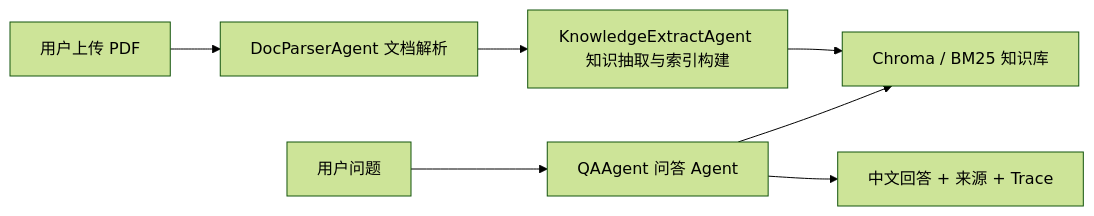
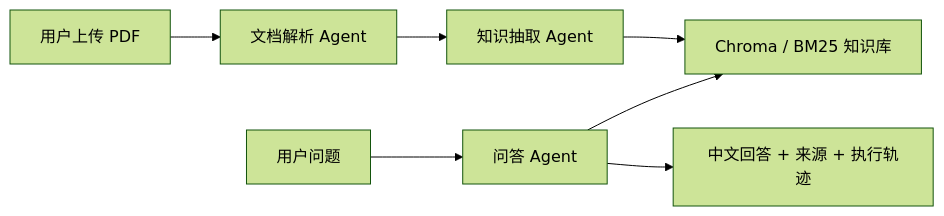
The first of 2 diagrams in README.md (765857033-cmyk/marine-mining-multimodal-rag), drawn with Mermaid (forest theme) before and after one commit. The commit also changed other lines of this file and 5 other files, not shown here.

````diff
--- a/README.md
+++ b/README.md
@@ -44,9 +44,9 @@
 ```mermaid
 flowchart LR
-    A[用户上传 PDF] --> B[DocParserAgent 文档解析]
-    B --> C[KnowledgeExtractAgent 知识抽取与索引构建]
+    A[用户上传 PDF] --> B[文档解析 Agent]
+    B --> C[知识抽取 Agent]
     C --> D[Chroma / BM25 知识库]
-    E[用户问题] --> F[QAAgent 问答 Agent]
+    E[用户问题] --> F[问答 Agent]
     F --> D
-    F --> G[中文回答 + 来源 + Trace]
+    F --> G[中文回答 + 来源 + 执行轨迹]
 ```
````
